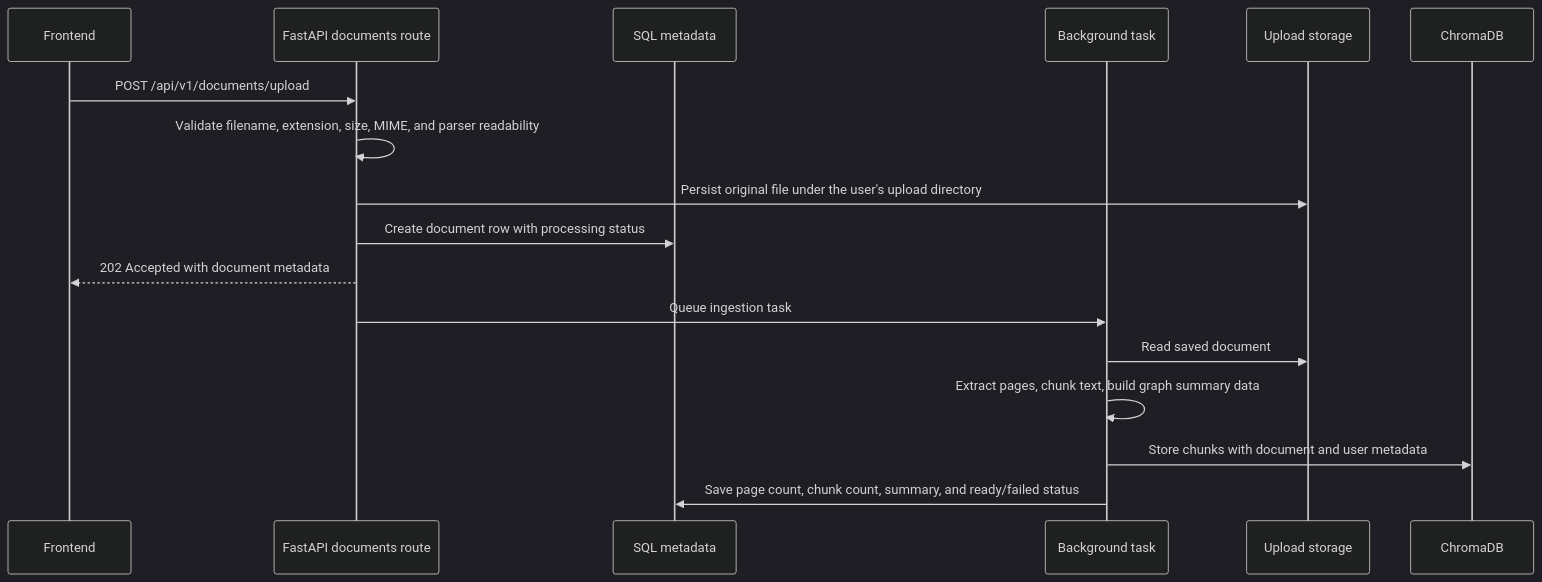
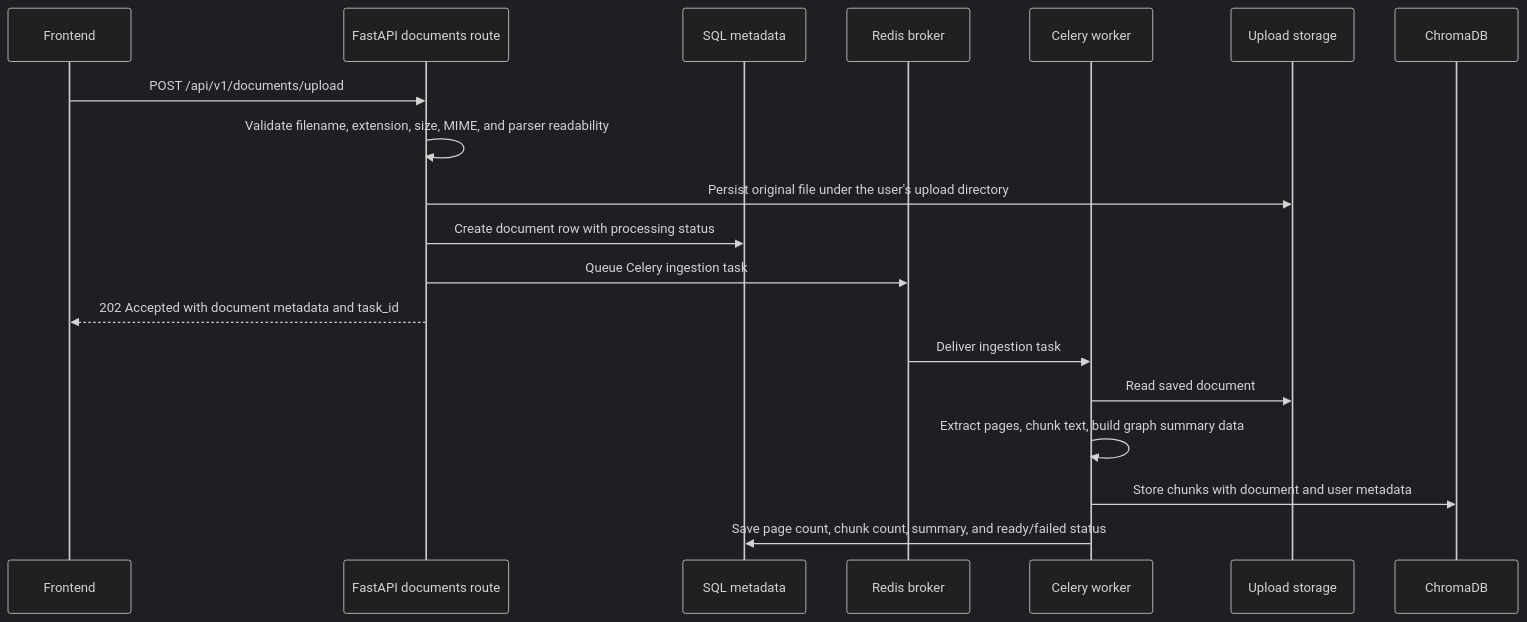
The second of 4 diagrams in docs/ARCHITECTURE.md (param20h/PDF-Assistant-RAG), drawn with Mermaid (dark theme) before and after one commit. The commit also changed other lines of this file and 12 other files, not shown here.

Commit message:
feat(worker): add Celery Redis PDF processing

````diff
--- a/docs/ARCHITECTURE.md
+++ b/docs/ARCHITECTURE.md
@@ -50,20 +50,22 @@
 ```mermaid
 sequenceDiagram
     participant UI as Frontend
     participant API as FastAPI documents route
     participant DB as SQL metadata
-    participant Worker as Background task
+    participant Redis as Redis broker
+    participant Worker as Celery worker
     participant Files as Upload storage
     participant Vector as ChromaDB
 
     UI->>API: POST /api/v1/documents/upload
     API->>API: Validate filename, extension, size, MIME, and parser readability
     API->>Files: Persist original file under the user's upload directory
     API->>DB: Create document row with processing status
-    API-->>UI: 202 Accepted with document metadata
-    API->>Worker: Queue ingestion task
+    API->>Redis: Queue Celery ingestion task
+    API-->>UI: 202 Accepted with document metadata and task_id
+    Redis->>Worker: Deliver ingestion task
     Worker->>Files: Read saved document
     Worker->>Worker: Extract pages, chunk text, build graph summary data
     Worker->>Vector: Store chunks with document and user metadata
     Worker->>DB: Save page count, chunk count, summary, and ready/failed status
 ```
````
